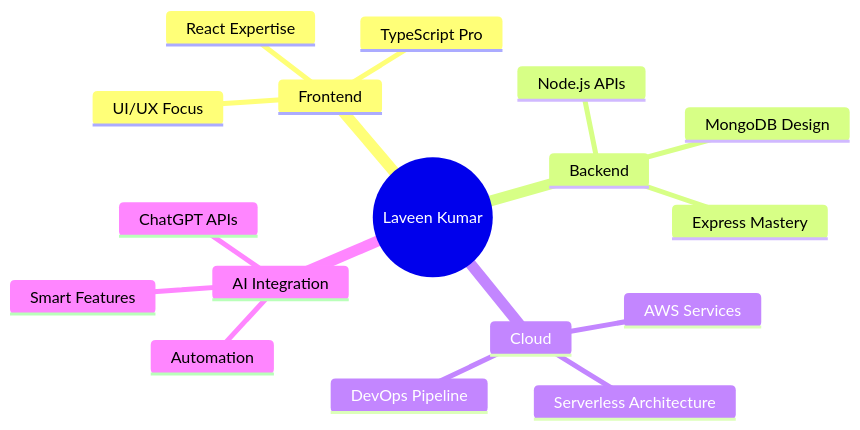
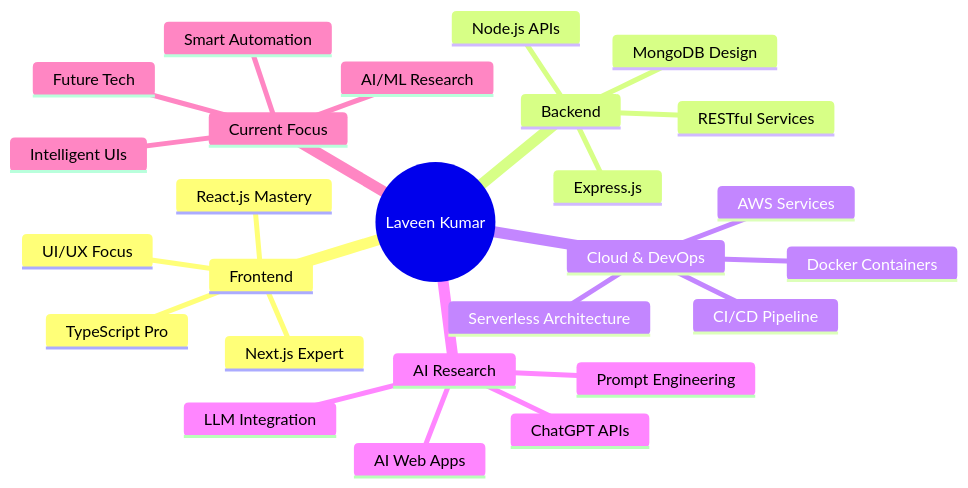
The diagram in README.md (Lavin-kulal/lavin-kulal), drawn with Mermaid before and after one commit. The commit also changed other lines of this file, not shown here.

````diff
--- a/README.md
+++ b/README.md
@@ -159,20 +240,29 @@
 ```mermaid
 mindmap
   root((Laveen Kumar))
     Frontend
-      React Expertise
+      React.js Mastery
       TypeScript Pro
+      Next.js Expert
       UI/UX Focus
     Backend
       Node.js APIs
+      Express.js
       MongoDB Design
-      Express Mastery
-    Cloud
+      RESTful Services
+    Cloud & DevOps
       AWS Services
       Serverless Architecture
-      DevOps Pipeline
-    AI Integration
+      Docker Containers
+      CI/CD Pipeline
+    AI Research
+      LLM Integration
       ChatGPT APIs
-      Smart Features
-      Automation
+      Prompt Engineering
+      AI Web Apps
+    Current Focus
+      AI/ML Research
+      Smart Automation
+      Intelligent UIs
+      Future Tech
 ```
````
